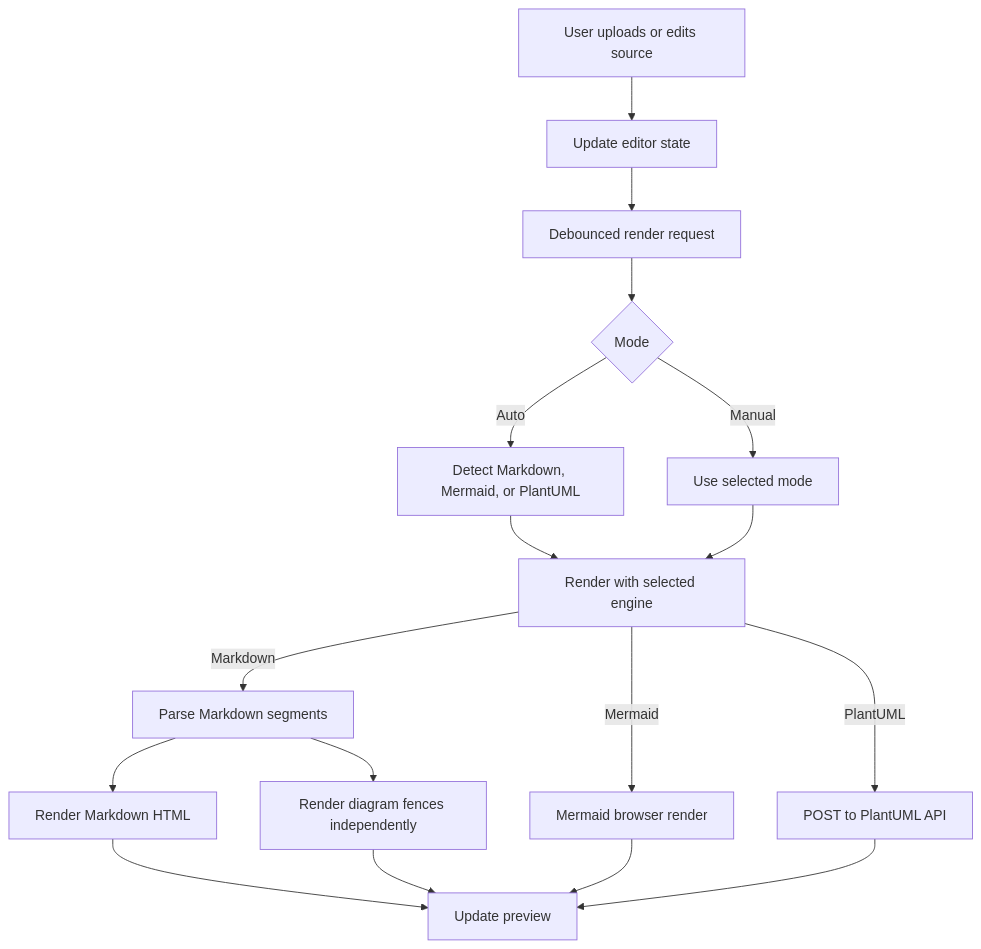
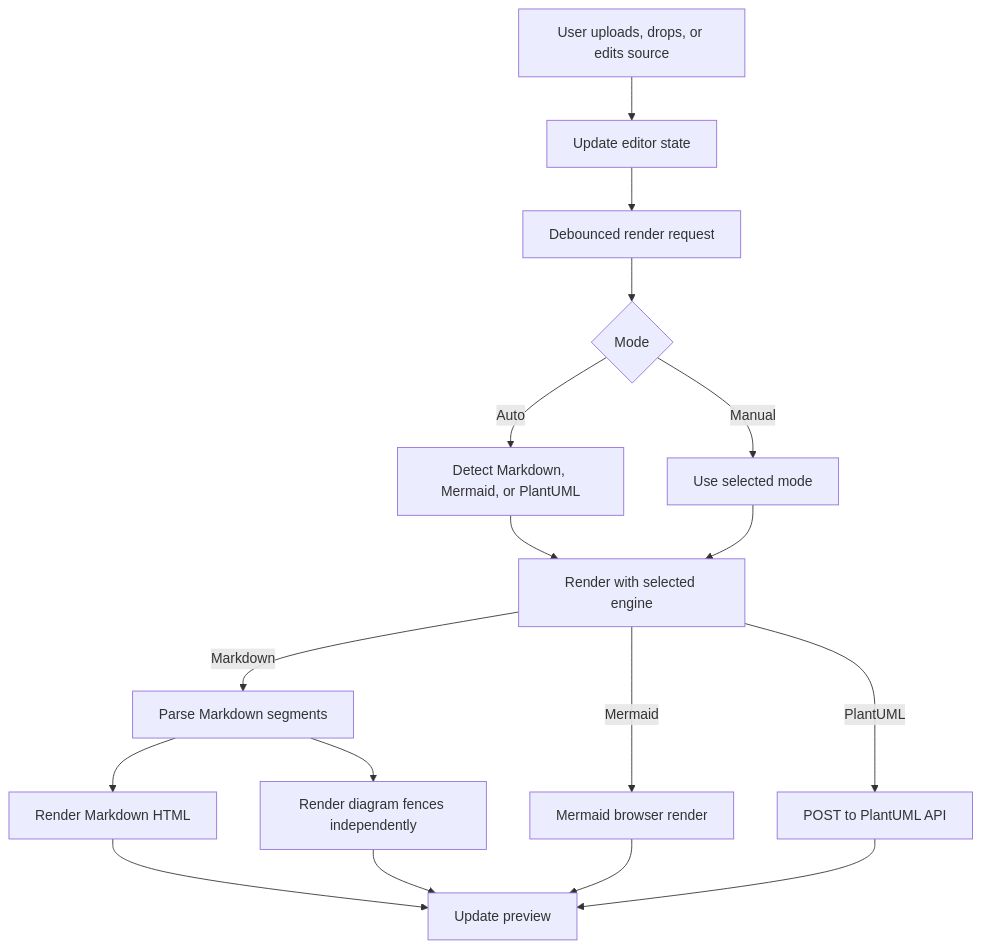
The diagram in mockups/utilities/diagram/design.md (dongprojectteam/MyBlogRenewal), drawn with Mermaid before and after one commit. The commit also changed other lines of this file and 19 other files, not shown here.

Commit message:
Update New App Mindmap

````diff
--- a/mockups/utilities/diagram/design.md
+++ b/mockups/utilities/diagram/design.md
@@ -38,19 +38,19 @@
 ```mermaid
 flowchart TD
-  A["User uploads or edits source"] --> B["Update editor state"]
+  A["User uploads, drops, or edits source"] --> B["Update editor state"]
   B --> C["Debounced render request"]
   C --> D{"Mode"}
   D -->|Auto| E["Detect Markdown, Mermaid, or PlantUML"]
   D -->|Manual| F["Use selected mode"]
   E --> G["Render with selected engine"]
   F --> G
   G -->|Markdown| H["Parse Markdown segments"]
   H --> I["Render Markdown HTML"]
   H --> J["Render diagram fences independently"]
   G -->|Mermaid| K["Mermaid browser render"]
   G -->|PlantUML| L["POST to PlantUML API"]
   I --> M["Update preview"]
   J --> M
   K --> M
   L --> M
 ```
````
